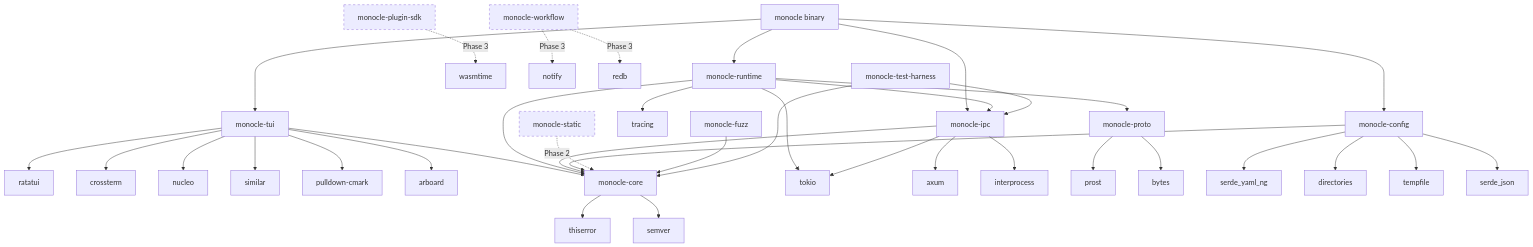
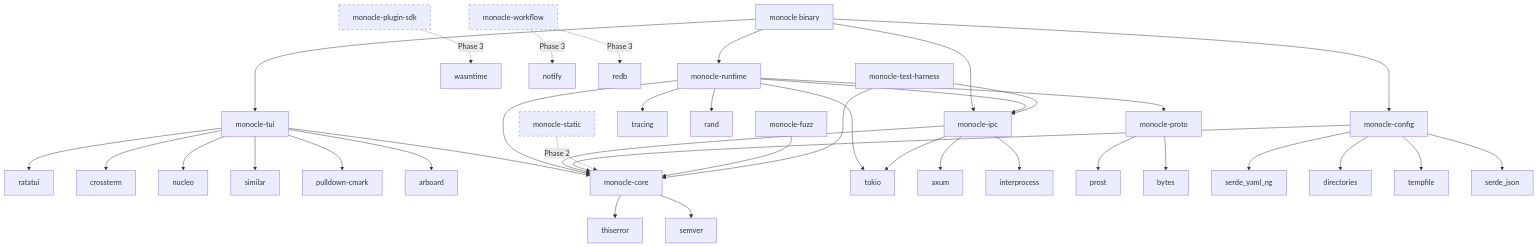
The diagram in specs/architecture/SS-deps-pin-manifest.md (drbothen/monocle), drawn with Mermaid before and after one commit. The commit also changed other lines of this file and 1 other file, not shown here.

````diff
--- a/specs/architecture/SS-deps-pin-manifest.md
+++ b/specs/architecture/SS-deps-pin-manifest.md
@@ -131,54 +133,55 @@
 ```mermaid
 graph TD
     bin[monocle binary] --> tui[monocle-tui]
     bin --> runtime[monocle-runtime]
     bin --> ipc[monocle-ipc]
     bin --> config[monocle-config]
 
     tui --> ratatui
     tui --> crossterm
     tui --> nucleo
     tui --> similar
     tui --> pulldown-cmark
     tui --> arboard
     tui --> core[monocle-core]
 
     runtime --> tokio
     runtime --> tracing
+    runtime --> rand
     runtime --> core
     runtime --> proto[monocle-proto]
     runtime --> ipc
 
     ipc --> axum
     ipc --> interprocess
     ipc --> tokio
     ipc --> core
 
     proto --> prost
     proto --> bytes
 
     config --> serde_yaml_ng
     config --> directories
     config --> tempfile
     config --> serde_json
     config --> core
 
     sdk[monocle-plugin-sdk] -.->|Phase 3| wasmtime
 
     workflow[monocle-workflow] -.->|Phase 3| notify
     workflow -.->|Phase 3| redb
 
     core --> thiserror
     core --> semver
 
     static[monocle-static] -.->|Phase 2| core
 
     fuzz[monocle-fuzz] --> core
     harness[monocle-test-harness] --> core
     harness --> ipc
 
     classDef phase2 stroke-dasharray: 5 5
     classDef phase3 stroke-dasharray: 5 5
     class static phase2
     class sdk,workflow phase3
 ```
````
